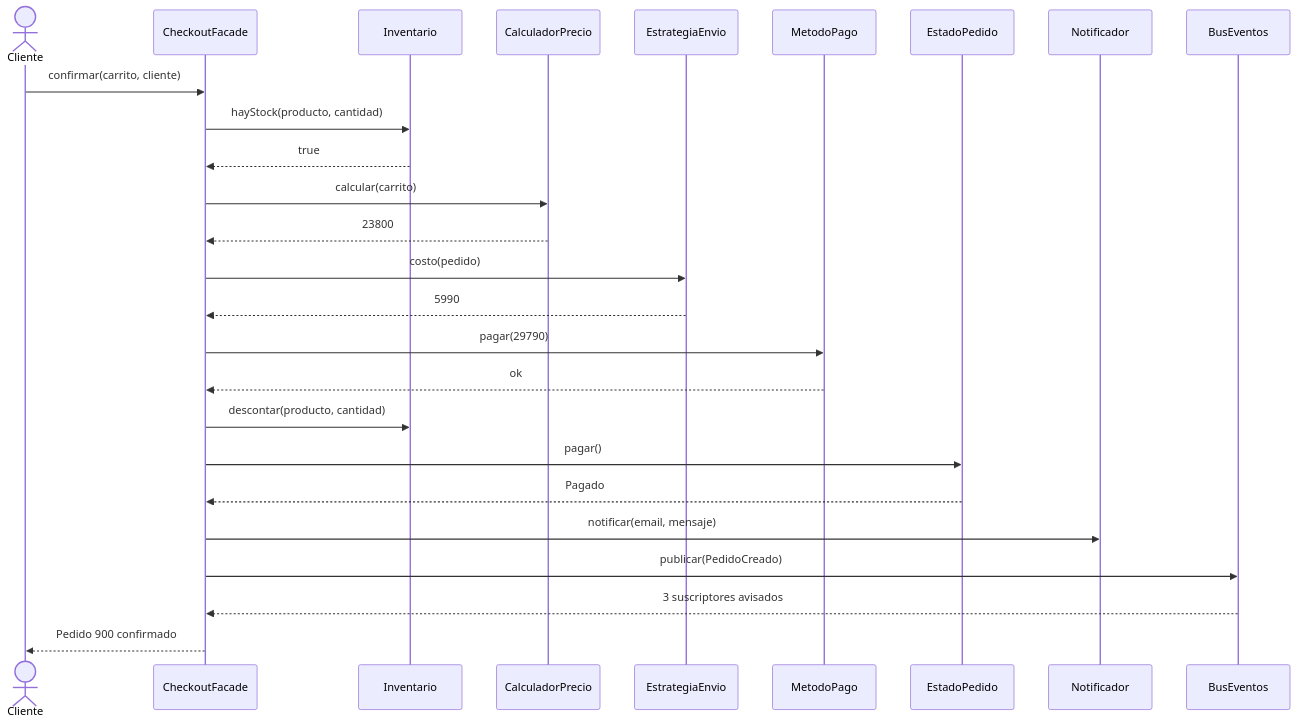
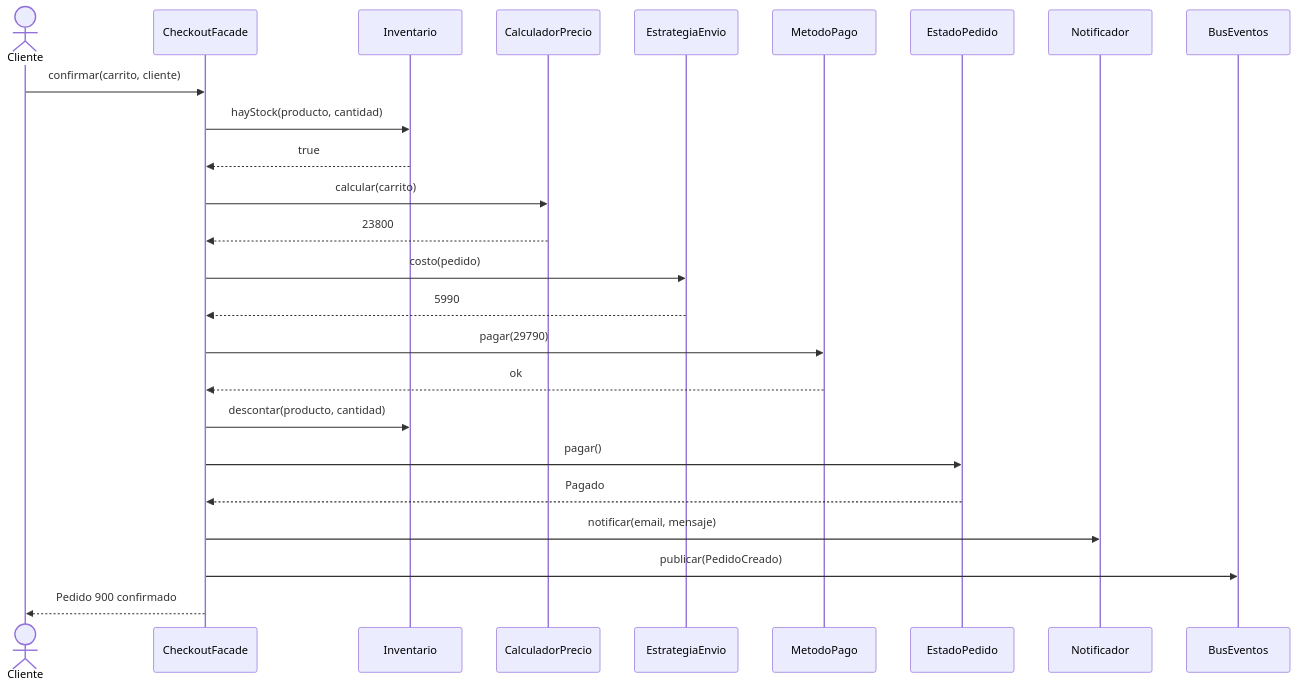
The second of 2 diagrams in teoria/20-antipatrones-y-cierre.md (jcabezas/curso-patrones-diseno), drawn with Mermaid before and after one commit. The commit also changed other lines of this file and 12 other files, not shown here.

````diff
--- a/teoria/20-antipatrones-y-cierre.md
+++ b/teoria/20-antipatrones-y-cierre.md
@@ -109,28 +109,27 @@
 ```mermaid
 sequenceDiagram
     actor Cliente
     participant F as CheckoutFacade
     participant I as Inventario
     participant P as CalculadorPrecio
     participant E as EstrategiaEnvio
     participant M as MetodoPago
     participant S as EstadoPedido
     participant N as Notificador
     participant B as BusEventos
     Cliente->>F: confirmar(carrito, cliente)
     F->>I: hayStock(producto, cantidad)
     I-->>F: true
     F->>P: calcular(carrito)
     P-->>F: 23800
     F->>E: costo(pedido)
     E-->>F: 5990
     F->>M: pagar(29790)
     M-->>F: ok
     F->>I: descontar(producto, cantidad)
     F->>S: pagar()
     S-->>F: Pagado
     F->>N: notificar(email, mensaje)
     F->>B: publicar(PedidoCreado)
-    B-->>F: 3 suscriptores avisados
     F-->>Cliente: Pedido 900 confirmado
 ```
````
